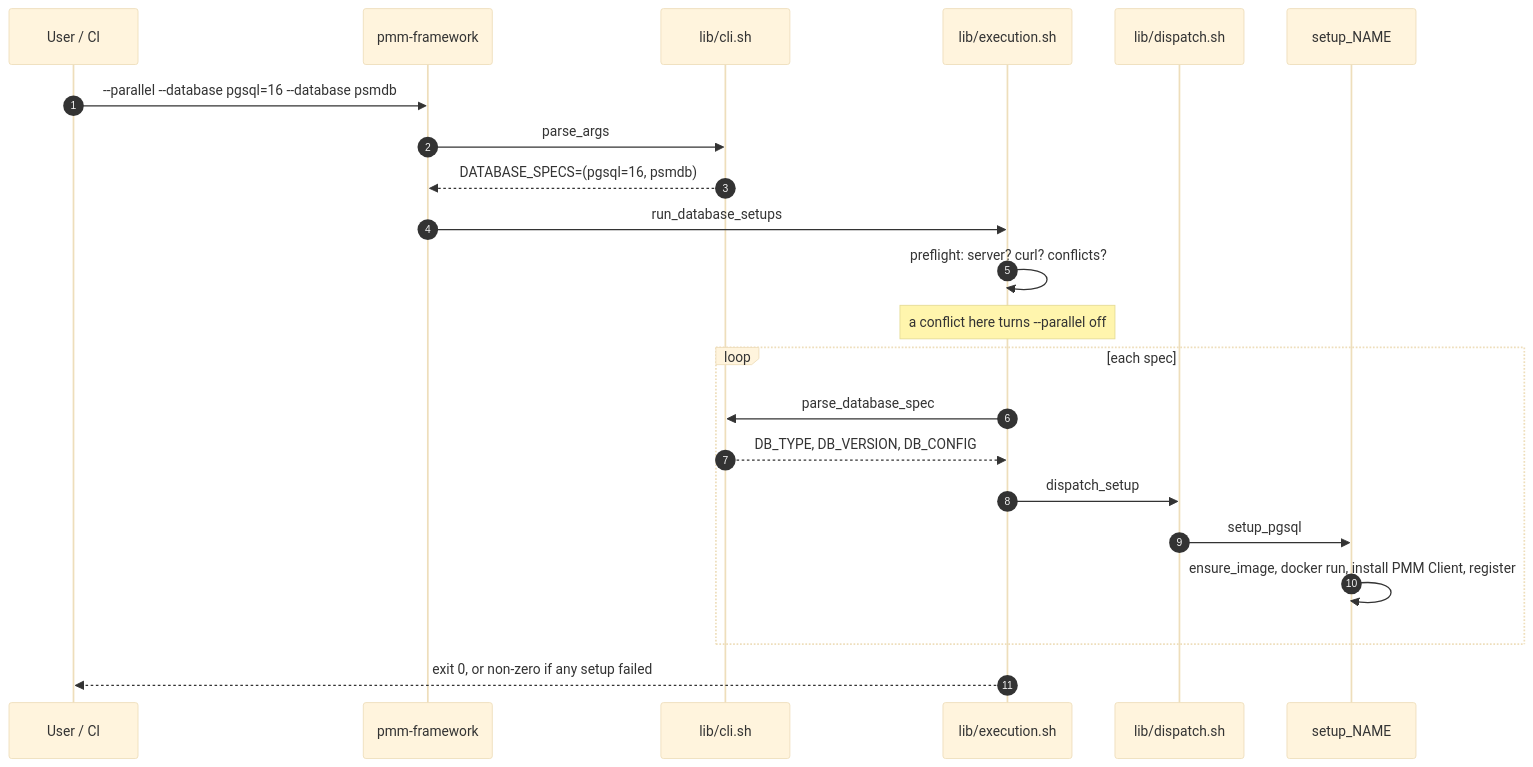
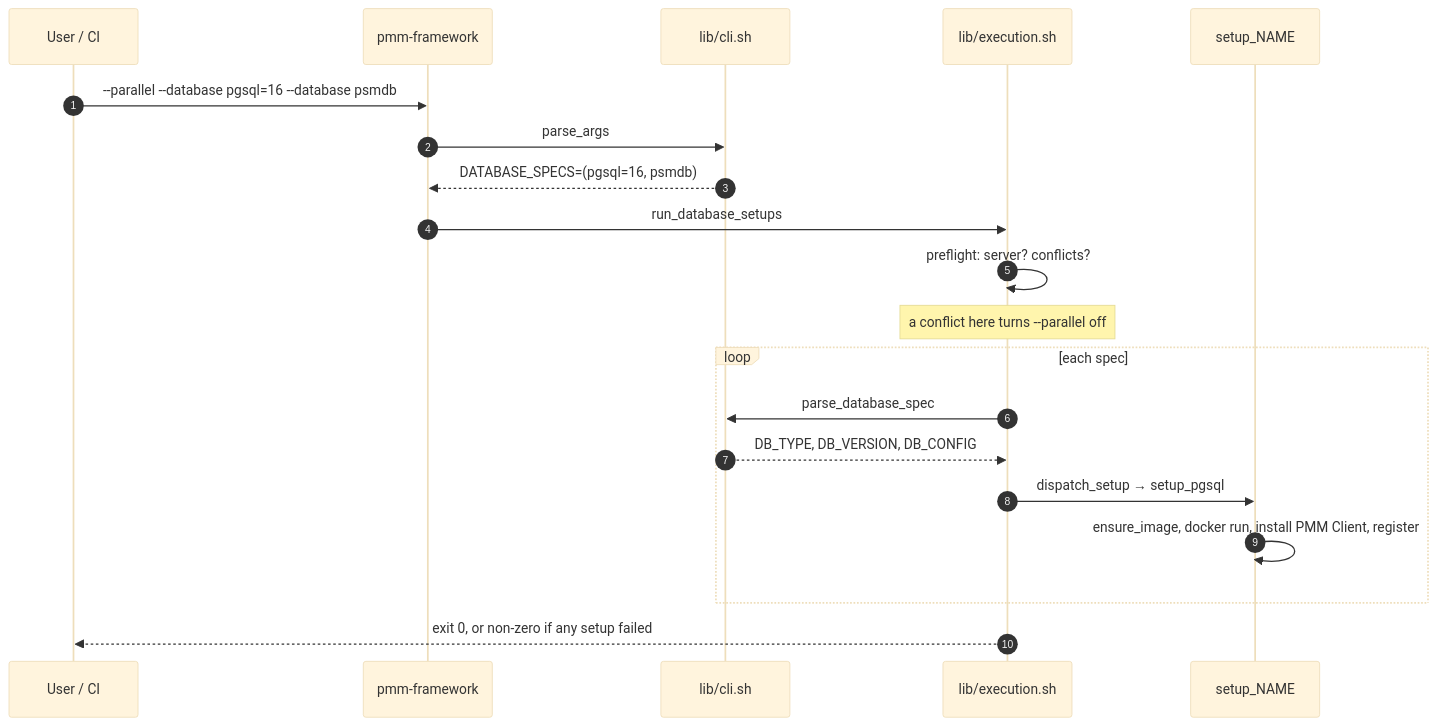
Before and after one commit to percona/pmm-qa: the second of 3 diagrams in qa-integration/pmm_qa/pmm-framework/ARCHITECTURE.md, drawn with Mermaid (base theme). The commit also changed other lines of this file and 38 other files, not shown here.

````diff
--- a/qa-integration/pmm_qa/pmm-framework/ARCHITECTURE.md
+++ b/qa-integration/pmm_qa/pmm-framework/ARCHITECTURE.md
@@ -99,25 +101,23 @@
 ```mermaid
 sequenceDiagram
     autonumber
     participant U as User / CI
     participant E as pmm-framework
     participant C as lib/cli.sh
     participant X as lib/execution.sh
-    participant D as lib/dispatch.sh
     participant S as setup_NAME
 
     U->>E: --parallel --database pgsql=16 --database psmdb
     E->>C: parse_args
     C-->>E: DATABASE_SPECS=(pgsql=16, psmdb)
     E->>X: run_database_setups
-    X->>X: preflight: server? curl? conflicts?
+    X->>X: preflight: server? conflicts?
     Note over X: a conflict here turns --parallel off
     loop each spec
         X->>C: parse_database_spec
         C-->>X: DB_TYPE, DB_VERSION, DB_CONFIG
-        X->>D: dispatch_setup
-        D->>S: setup_pgsql
+        X->>S: dispatch_setup → setup_pgsql
         S->>S: ensure_image, docker run, install PMM Client, register
     end
     X-->>U: exit 0, or non-zero if any setup failed
 ```
````
